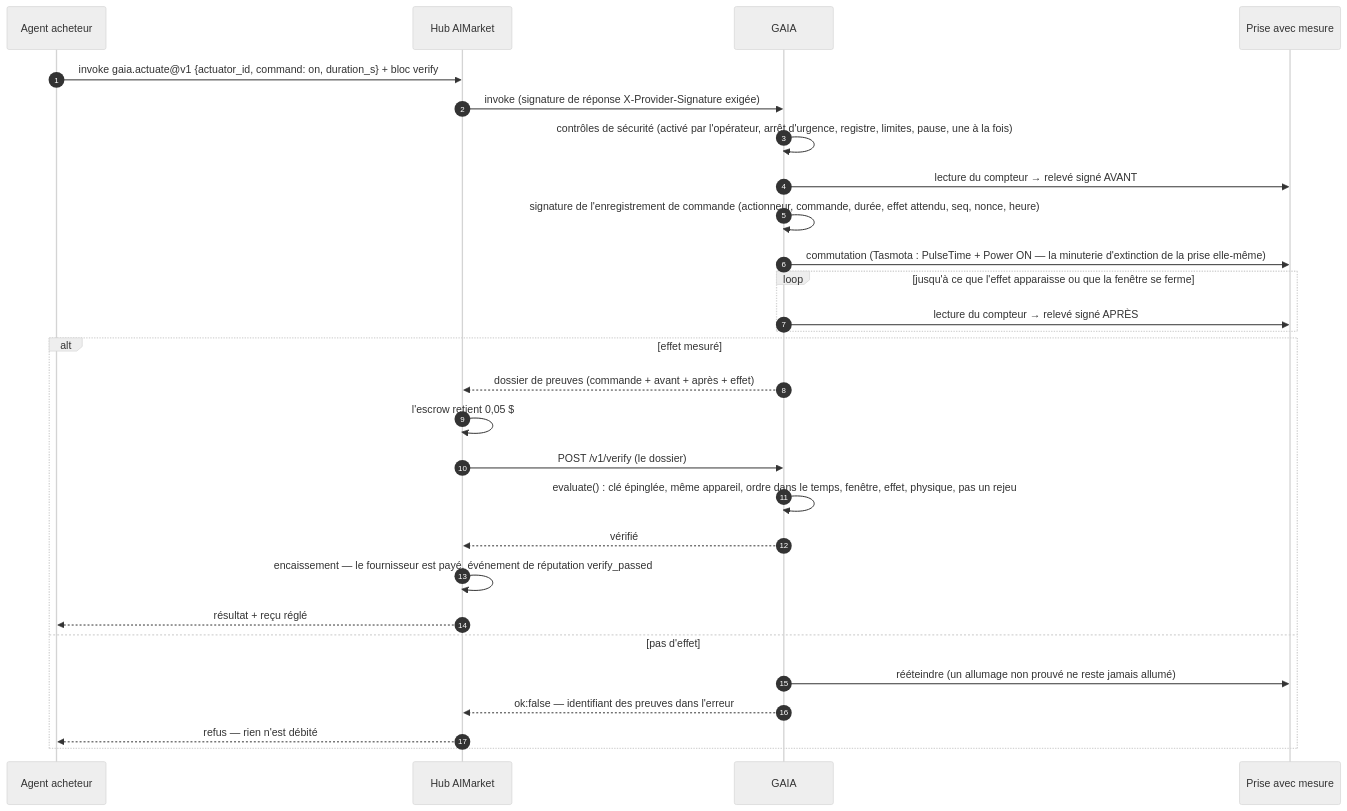
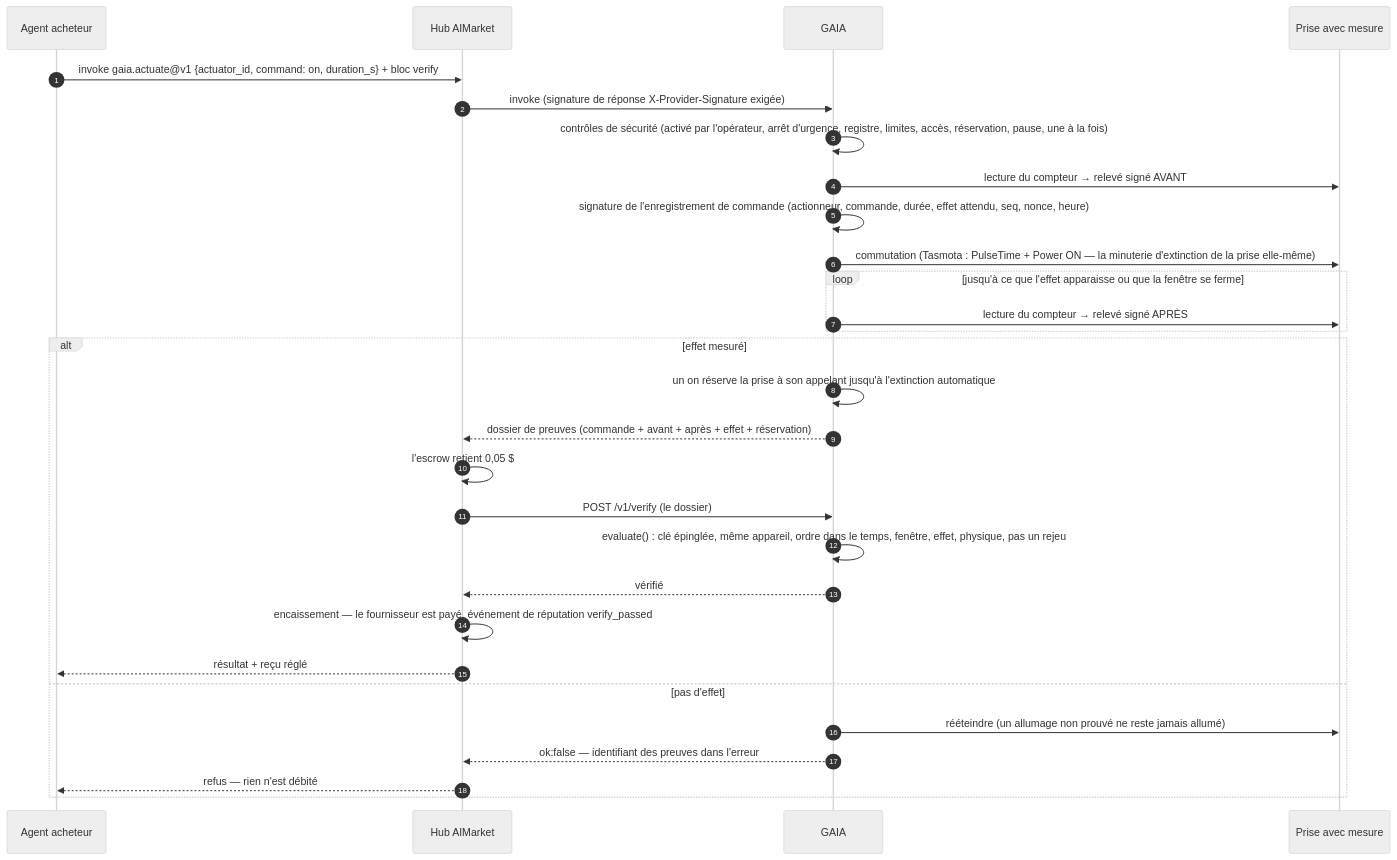
The third of 8 diagrams in docs/i18n/ACTUATION.fr.md (alexar76/gaia), drawn with Mermaid (neutral theme) before and after one commit. The commit also changed other lines of this file and 50 other files, not shown here.

````diff
--- a/docs/i18n/ACTUATION.fr.md
+++ b/docs/i18n/ACTUATION.fr.md
@@ -114,30 +149,31 @@
 ```mermaid
 sequenceDiagram
     autonumber
     participant B as Agent acheteur
     participant H as Hub AIMarket
     participant G as GAIA
     participant P as Prise avec mesure
     B->>H: invoke gaia.actuate@v1 {actuator_id, command: on, duration_s} + bloc verify
     H->>G: invoke (signature de réponse X-Provider-Signature exigée)
-    G->>G: contrôles de sécurité (activé par l'opérateur, arrêt d'urgence, registre, limites, pause, une à la fois)
+    G->>G: contrôles de sécurité (activé par l'opérateur, arrêt d'urgence, registre, limites, accès, réservation, pause, une à la fois)
     G->>P: lecture du compteur → relevé signé AVANT
     G->>G: signature de l'enregistrement de commande (actionneur, commande, durée, effet attendu, seq, nonce, heure)
     G->>P: commutation (Tasmota : PulseTime + Power ON — la minuterie d'extinction de la prise elle-même)
     loop jusqu'à ce que l'effet apparaisse ou que la fenêtre se ferme
         G->>P: lecture du compteur → relevé signé APRÈS
     end
     alt effet mesuré
-        G-->>H: dossier de preuves (commande + avant + après + effet)
+        G->>G: un on réserve la prise à son appelant jusqu'à l'extinction automatique
+        G-->>H: dossier de preuves (commande + avant + après + effet + réservation)
         H->>H: l'escrow retient 0,05 $
         H->>G: POST /v1/verify (le dossier)
         G->>G: evaluate() : clé épinglée, même appareil, ordre dans le temps, fenêtre, effet, physique, pas un rejeu
         G-->>H: vérifié
         H->>H: encaissement — le fournisseur est payé, événement de réputation verify_passed
         H-->>B: résultat + reçu réglé
     else pas d'effet
         G->>P: rééteindre (un allumage non prouvé ne reste jamais allumé)
         G-->>H: ok:false — identifiant des preuves dans l'erreur
         H-->>B: refus — rien n'est débité
     end
 ```
````
